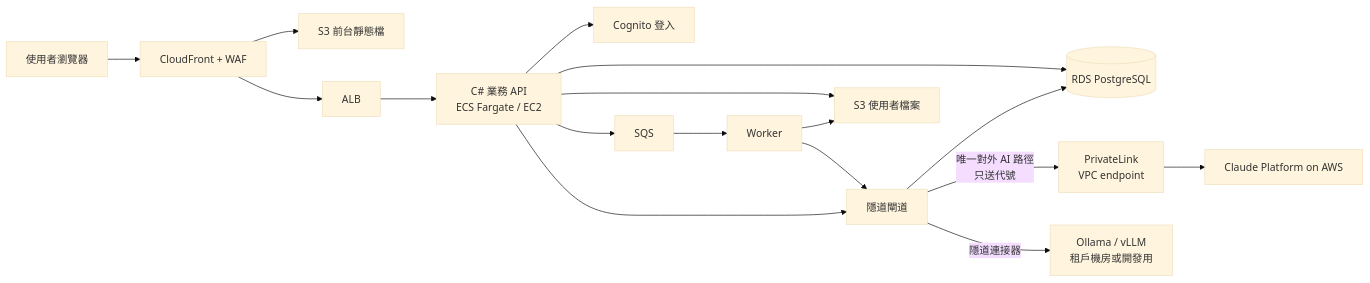
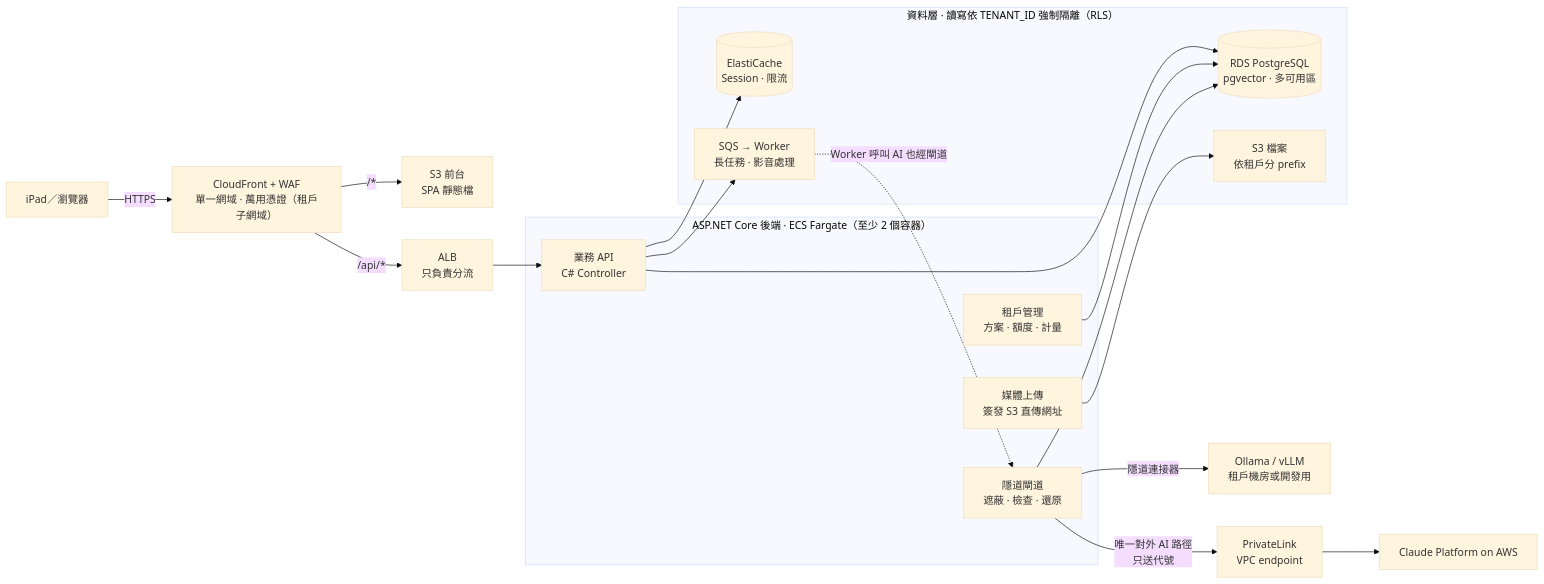
The diagram in Veilway2.md (togokao/fileshare), drawn with Mermaid (base theme) before and after one commit. The commit also changed other lines of this file and 1 other file, not shown here.

Commit message:
Align Veilway docs with original architecture diagram
Add ElastiCache (session, rate limiting), pgvector, multi-AZ RDS,
Fargate with at least two containers, tenant subdomains, tenant
management and media upload modules, and per-tenant S3 prefixes.

Claude-Session: https://claude.ai/code/session_01QDdi2BFNwB6fbWLwSkRLzE

````diff
--- a/Veilway2.md
+++ b/Veilway2.md
@@ -15,17 +17,28 @@
 ```mermaid
 flowchart LR
-  U[使用者瀏覽器] --> CF[CloudFront + WAF]
-  CF --> S3W[S3 前台靜態檔]
-  CF --> ALB[ALB]
-  ALB --> API[C# 業務 API<br/>ECS Fargate / EC2]
-  API --> COG[Cognito 登入]
-  API --> RDS[(RDS PostgreSQL)]
-  API --> S3F[S3 使用者檔案]
-  API --> SQS[SQS] --> WK[Worker]
-  WK --> S3F
-  API --> GW[隱道閘道]
-  WK --> GW
+  U[iPad／瀏覽器] -- HTTPS --> CF[CloudFront + WAF<br/>單一網域 · 萬用憑證（租戶子網域）]
+  CF -- "/*" --> S3W[S3 前台<br/>SPA 靜態檔]
+  CF -- "/api/*" --> ALB[ALB<br/>只負責分流]
+  subgraph BE[ASP.NET Core 後端 · ECS Fargate（至少 2 個容器）]
+    API[業務 API<br/>C# Controller]
+    TM[租戶管理<br/>方案 · 額度 · 計量]
+    MU[媒體上傳<br/>簽發 S3 直傳網址]
+    GW[隱道閘道<br/>遮蔽 · 檢查 · 還原]
+  end
+  ALB --> API
+  subgraph DATA[資料層 · 讀寫依 TENANT_ID 強制隔離（RLS）]
+    RDS[(RDS PostgreSQL<br/>pgvector · 多可用區)]
+    EC[(ElastiCache<br/>Session · 限流)]
+    S3F[S3 檔案<br/>依租戶分 prefix]
+    SQS[SQS → Worker<br/>長任務 · 影音處理]
+  end
+  API --> RDS
+  API --> EC
+  TM --> RDS
   GW --> RDS
+  MU --> S3F
+  API --> SQS
+  SQS -. Worker 呼叫 AI 也經閘道 .-> GW
   GW -- 唯一對外 AI 路徑<br/>只送代號 --> PL[PrivateLink<br/>VPC endpoint] --> CP[Claude Platform on AWS]
   GW -- 隱道連接器 --> OL[Ollama / vLLM<br/>租戶機房或開發用]
 ```
````
